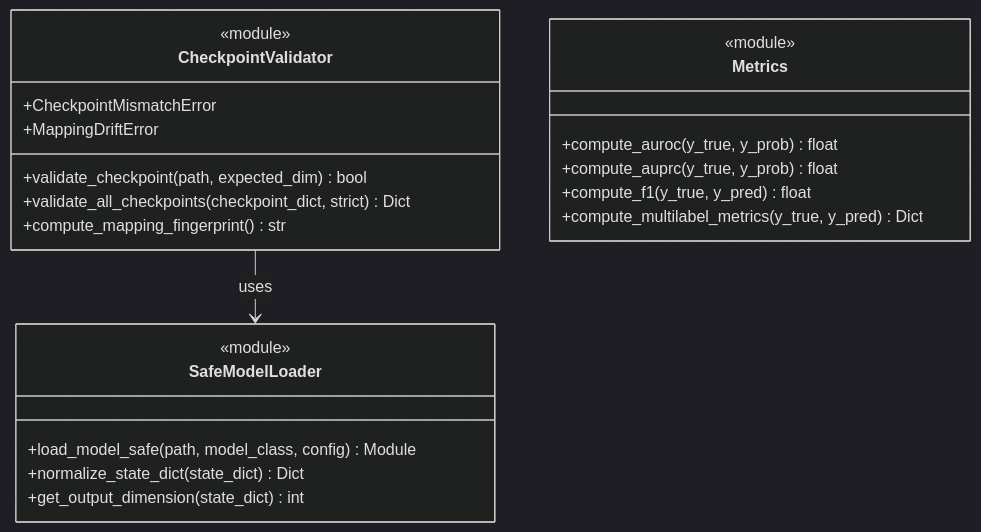
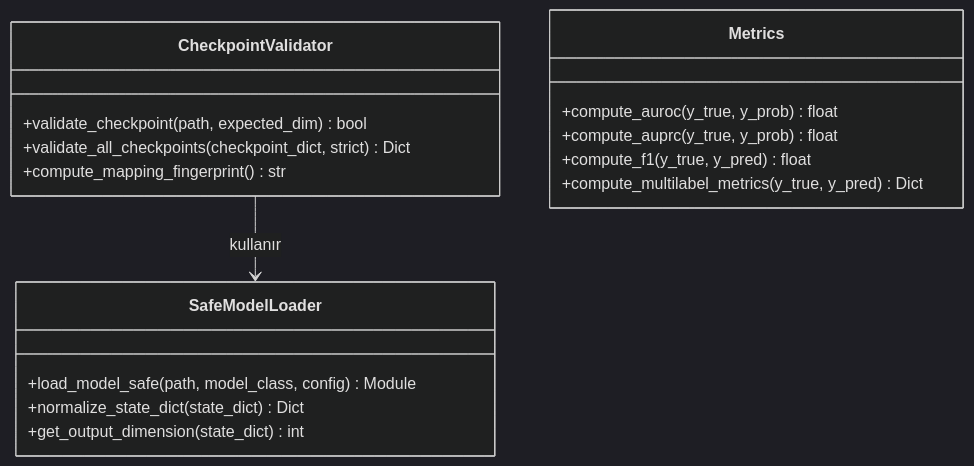
Diagram 11 of 12 in docs/diagrams/03_class_diagram.md (mUsaulug/CardioGuard-AI), drawn with Mermaid (dark theme) before and after one commit. The commit also changed other lines of this file and 5 other files, not shown here.

````diff
--- a/docs/diagrams/03_class_diagram.md
+++ b/docs/diagrams/03_class_diagram.md
@@ -667,30 +595,25 @@
 ```mermaid
 classDiagram
     direction TB
     
     class CheckpointValidator {
-        <<module>>
         +validate_checkpoint(path, expected_dim) bool
         +validate_all_checkpoints(checkpoint_dict, strict) Dict
         +compute_mapping_fingerprint() str
-        +CheckpointMismatchError
-        +MappingDriftError
     }
     
     class SafeModelLoader {
-        <<module>>
         +load_model_safe(path, model_class, config) Module
         +normalize_state_dict(state_dict) Dict
         +get_output_dimension(state_dict) int
     }
     
     class Metrics {
-        <<module>>
         +compute_auroc(y_true, y_prob) float
         +compute_auprc(y_true, y_prob) float
         +compute_f1(y_true, y_pred) float
         +compute_multilabel_metrics(y_true, y_pred) Dict
     }
     
-    CheckpointValidator --> SafeModelLoader : uses
+    CheckpointValidator --> SafeModelLoader : kullanır
 ```
````
